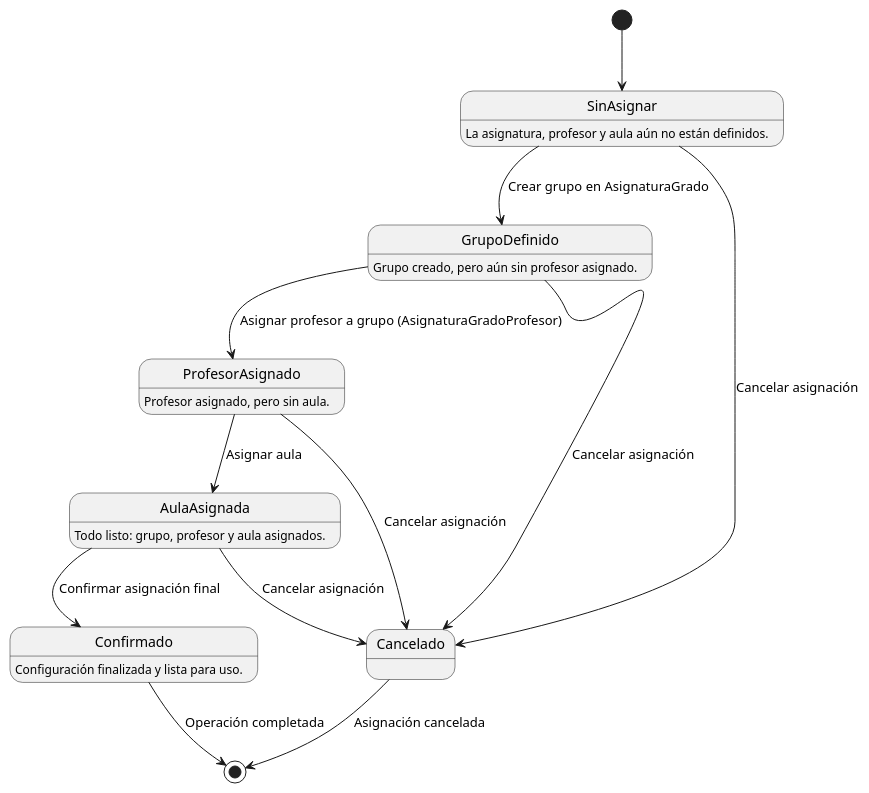
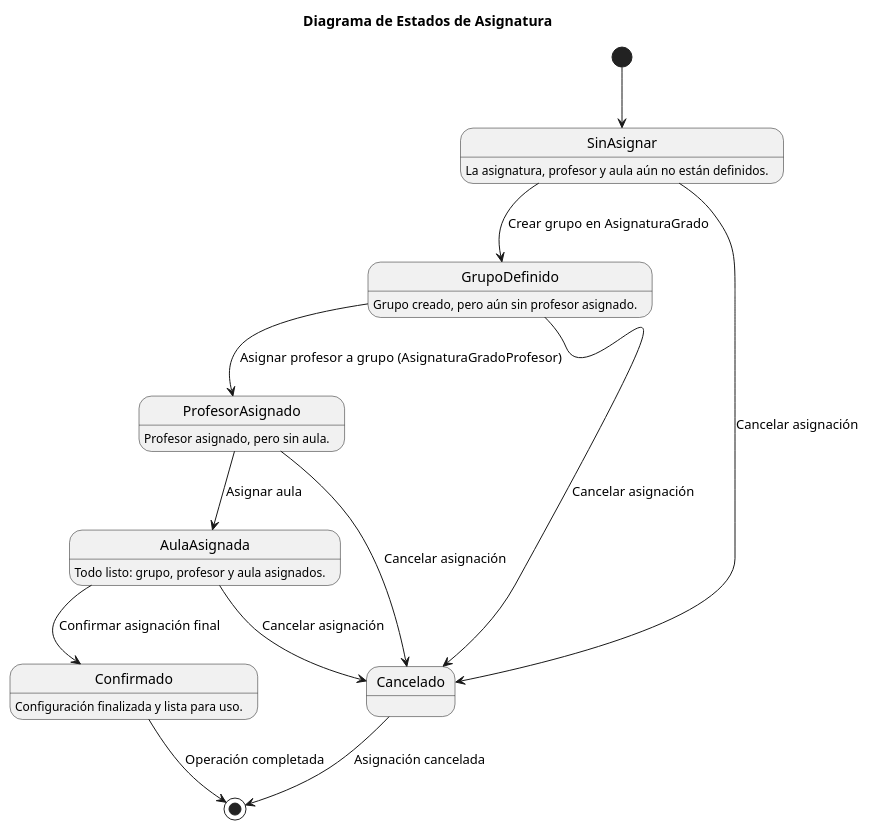
The diagram in modeloDelDominio/plantUML/DiagramaDeEstados.puml (mmasias/24-25-IdSw1-SDR), drawn with PlantUML before and after one commit.

```diff
--- a/modeloDelDominio/plantUML/DiagramaDeEstados.puml
+++ b/modeloDelDominio/plantUML/DiagramaDeEstados.puml
@@ -1,24 +1,25 @@
 @startuml
+title Diagrama de Estados de Asignatura
 [*] --> SinAsignar
 
 SinAsignar : La asignatura, profesor y aula aún no están definidos.
 
 SinAsignar --> GrupoDefinido : Crear grupo en AsignaturaGrado
 GrupoDefinido : Grupo creado, pero aún sin profesor asignado.
 
 GrupoDefinido --> ProfesorAsignado : Asignar profesor a grupo (AsignaturaGradoProfesor)
 ProfesorAsignado : Profesor asignado, pero sin aula.
 
 ProfesorAsignado --> AulaAsignada : Asignar aula
 
 AulaAsignada : Todo listo: grupo, profesor y aula asignados.
 AulaAsignada --> Confirmado : Confirmar asignación final
 Confirmado : Configuración finalizada y lista para uso.
 
 SinAsignar --> Cancelado : Cancelar asignación
 GrupoDefinido --> Cancelado : Cancelar asignación
 ProfesorAsignado --> Cancelado : Cancelar asignación
 AulaAsignada --> Cancelado : Cancelar asignación
 Confirmado --> [*] : Operación completada
 Cancelado --> [*] : Asignación cancelada
 @enduml
```
